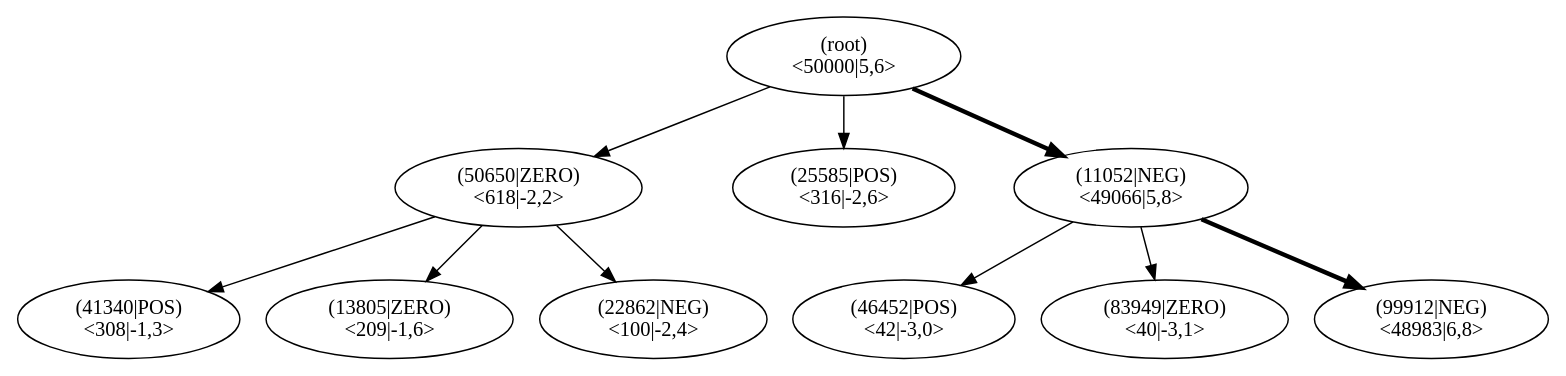
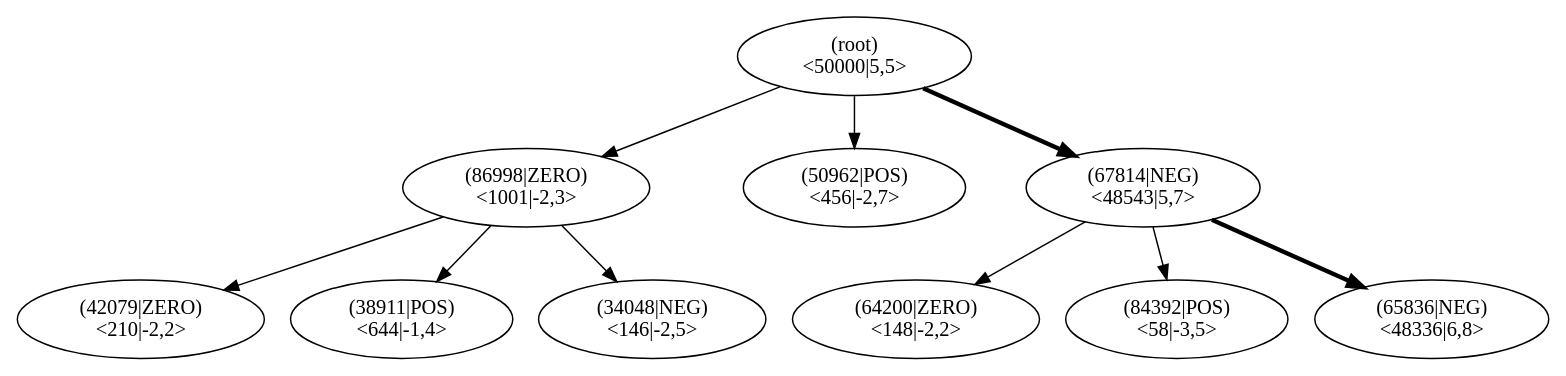
Before and after one commit to JonasHellgren/relexp-java: the diagram in pictures/ch13/lane_test_mcts.dot, drawn with Graphviz. The commit also changed 8 other files, not shown here.

```diff
--- a/pictures/ch13/lane_test_mcts.dot
+++ b/pictures/ch13/lane_test_mcts.dot
@@ -1,32 +1,32 @@
 digraph MCTS {
 node [shape=ellipse];
 Nroot [label="(root)
-<50000|5,6>"];
-Nroot -> N50650[penwidth=1];
-N50650 [label="(50650|ZERO)
-<618|-2,2>"];
-N50650 -> N41340[penwidth=1];
-N41340 [label="(41340|POS)
-<308|-1,3>"];
-N50650 -> N13805[penwidth=1];
-N13805 [label="(13805|ZERO)
-<209|-1,6>"];
-N50650 -> N22862[penwidth=1];
-N22862 [label="(22862|NEG)
-<100|-2,4>"];
-Nroot -> N25585[penwidth=1];
-N25585 [label="(25585|POS)
-<316|-2,6>"];
-Nroot -> N11052[penwidth=3];
-N11052 [label="(11052|NEG)
-<49066|5,8>"];
-N11052 -> N46452[penwidth=1];
-N46452 [label="(46452|POS)
-<42|-3,0>"];
-N11052 -> N83949[penwidth=1];
-N83949 [label="(83949|ZERO)
-<40|-3,1>"];
-N11052 -> N99912[penwidth=3];
-N99912 [label="(99912|NEG)
-<48983|6,8>"];
+<50000|5,5>"];
+Nroot -> N86998[penwidth=1];
+N86998 [label="(86998|ZERO)
+<1001|-2,3>"];
+N86998 -> N42079[penwidth=1];
+N42079 [label="(42079|ZERO)
+<210|-2,2>"];
+N86998 -> N38911[penwidth=1];
+N38911 [label="(38911|POS)
+<644|-1,4>"];
+N86998 -> N34048[penwidth=1];
+N34048 [label="(34048|NEG)
+<146|-2,5>"];
+Nroot -> N50962[penwidth=1];
+N50962 [label="(50962|POS)
+<456|-2,7>"];
+Nroot -> N67814[penwidth=3];
+N67814 [label="(67814|NEG)
+<48543|5,7>"];
+N67814 -> N64200[penwidth=1];
+N64200 [label="(64200|ZERO)
+<148|-2,2>"];
+N67814 -> N84392[penwidth=1];
+N84392 [label="(84392|POS)
+<58|-3,5>"];
+N67814 -> N65836[penwidth=3];
+N65836 [label="(65836|NEG)
+<48336|6,8>"];
 }
```
